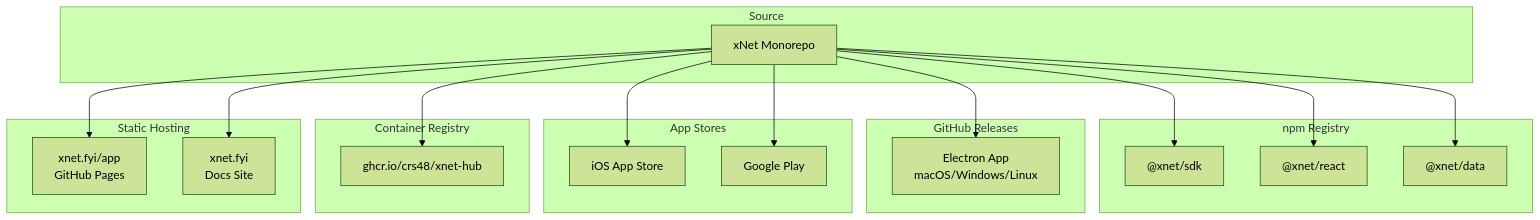
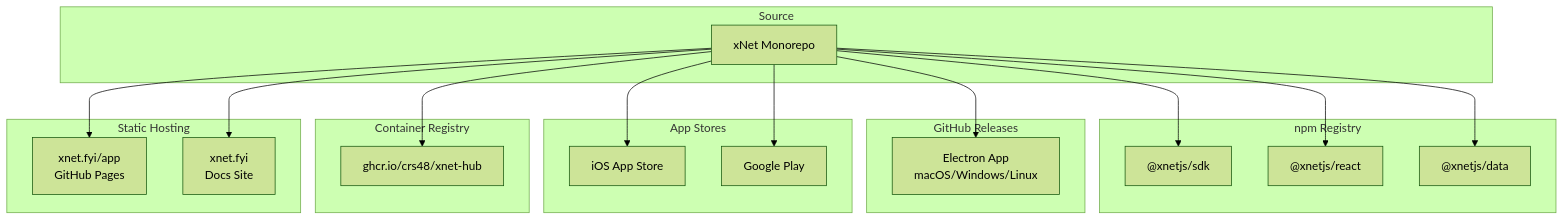
Before and after one commit to crs48/xNet: the second of 9 diagrams in docs/explorations/0064_[_]_MONOREPO_RELEASE_AUTOMATION.md, drawn with Mermaid (forest theme). The commit also changed other lines of this file and 980 other files, not shown here.

````diff
--- a/docs/explorations/0064_[_]_MONOREPO_RELEASE_AUTOMATION.md
+++ b/docs/explorations/0064_[_]_MONOREPO_RELEASE_AUTOMATION.md
@@ -76,40 +76,40 @@
 ```mermaid
 flowchart TB
     subgraph "Source"
         MONO[xNet Monorepo]
     end
 
     subgraph "npm Registry"
-        NPM_SDK["@xnet/sdk"]
-        NPM_REACT["@xnet/react"]
-        NPM_DATA["@xnet/data"]
+        NPM_SDK["@xnetjs/sdk"]
+        NPM_REACT["@xnetjs/react"]
+        NPM_DATA["@xnetjs/data"]
     end
 
     subgraph "GitHub Releases"
         ELECTRON["Electron App<br/>macOS/Windows/Linux"]
     end
 
     subgraph "App Stores"
         EXPO_IOS["iOS App Store"]
         EXPO_ANDROID["Google Play"]
     end
 
     subgraph "Container Registry"
         DOCKER["ghcr.io/crs48/xnet-hub"]
     end
 
     subgraph "Static Hosting"
         WEB["xnet.fyi/app<br/>GitHub Pages"]
         SITE["xnet.fyi<br/>Docs Site"]
     end
 
     MONO --> NPM_SDK
     MONO --> NPM_REACT
     MONO --> NPM_DATA
     MONO --> ELECTRON
     MONO --> EXPO_IOS
     MONO --> EXPO_ANDROID
     MONO --> DOCKER
     MONO --> WEB
     MONO --> SITE
 ```
````
